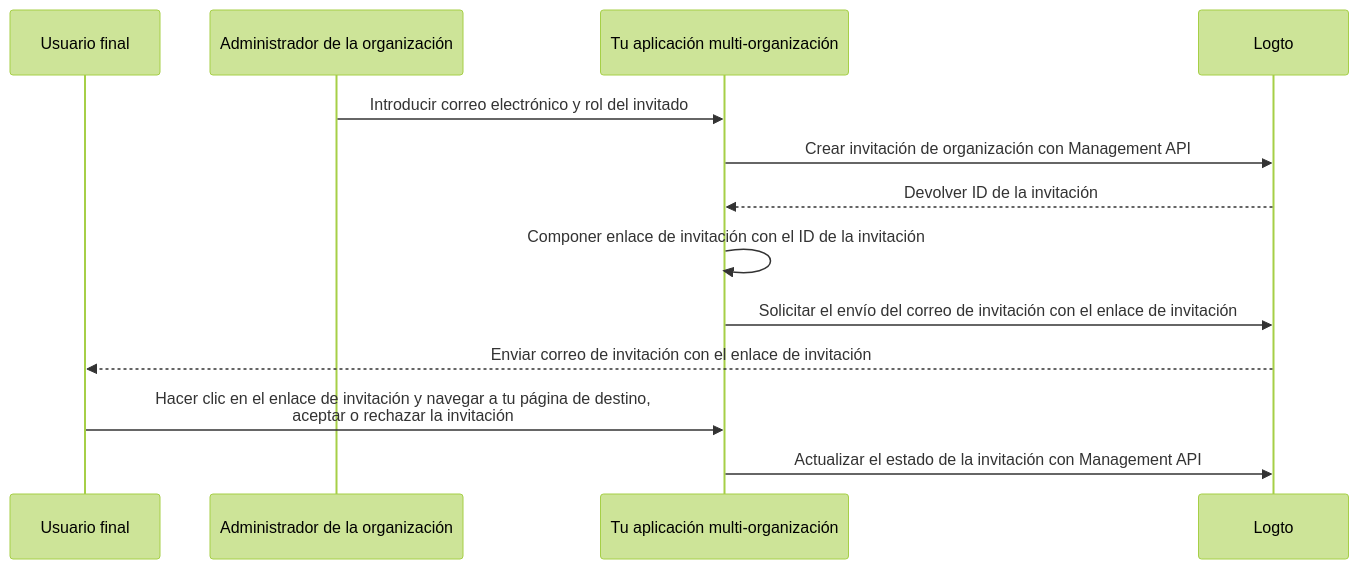
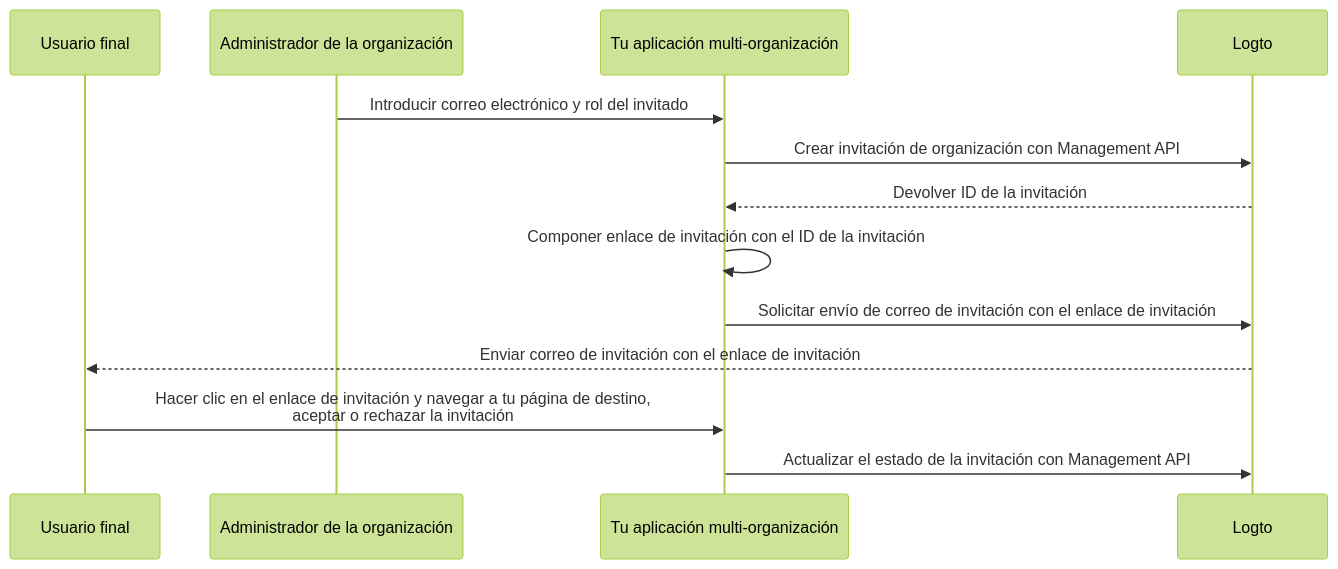
The diagram in i18n/es/docusaurus-plugin-content-docs/current/end-user-flows/organization-experience/invite-organization-members.mdx (logto-io/docs), drawn with Mermaid (forest theme) before and after one commit. The commit also changed other lines of this file and 35 other files, not shown here.

````diff
--- a/i18n/es/docusaurus-plugin-content-docs/current/end-user-flows/organization-experience/invite-organization-members.mdx
+++ b/i18n/es/docusaurus-plugin-content-docs/current/end-user-flows/organization-experience/invite-organization-members.mdx
@@ -13,16 +13,16 @@
 ```mermaid
 sequenceDiagram
 	Participant U as Usuario final
   Participant A as Administrador de la organización
   Participant C as Tu aplicación multi-organización
 	Participant L as Logto
 
   A ->> C: Introducir correo electrónico y rol del invitado
   C ->> L: Crear invitación de organización con Management API
   L -->> C: Devolver ID de la invitación
   C ->> C: Componer enlace de invitación con el ID de la invitación
-  C ->> L: Solicitar el envío del correo de invitación con el enlace de invitación
+  C ->> L: Solicitar envío de correo de invitación con el enlace de invitación
   L -->> U: Enviar correo de invitación con el enlace de invitación
   U ->> C: Hacer clic en el enlace de invitación y navegar a tu página de destino,<br /> aceptar o rechazar la invitación
   C ->> L: Actualizar el estado de la invitación con Management API
 ```
````
